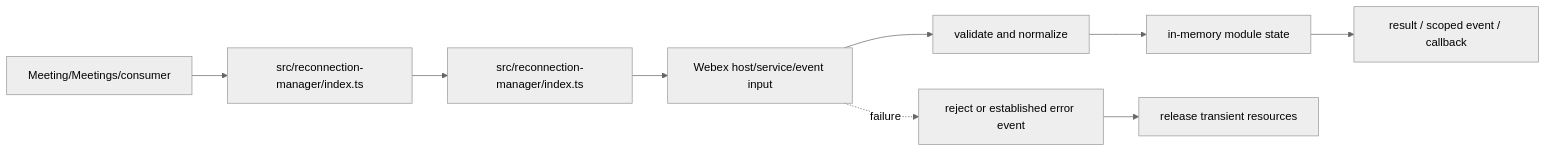
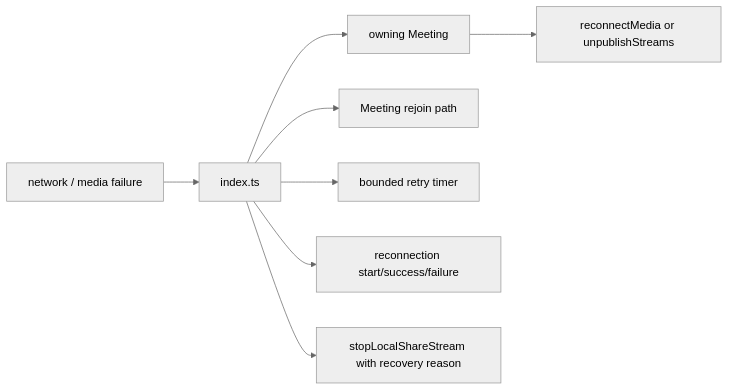
The first of 5 diagrams in packages/@webex/plugin-meetings/src/reconnection-manager/ai-docs/reconnection-manager-spec.md (webex/webex-js-sdk), drawn with Mermaid (neutral theme) before and after one commit. The commit also changed other lines of this file and 26 other files, not shown here.

````diff
--- a/packages/@webex/plugin-meetings/src/reconnection-manager/ai-docs/reconnection-manager-spec.md
+++ b/packages/@webex/plugin-meetings/src/reconnection-manager/ai-docs/reconnection-manager-spec.md
@@ -99,11 +96,10 @@
 ```mermaid
 flowchart LR
-  Caller[Meeting/Meetings/consumer] --> Entry[src/reconnection-manager/index.ts]
-  Entry --> Support[src/reconnection-manager/index.ts]
-  Support --> Remote[Webex host/service/event input]
-  Remote --> Normalize[validate and normalize]
-  Normalize --> State[in-memory module state]
-  State --> Output[result / scoped event / callback]
-  Remote -. failure .-> Error[reject or established error event]
-  Error --> Cleanup[release transient resources]
+  Network[network / media failure] --> Manager[index.ts]
+  Manager --> Meeting[owning Meeting]
+  Meeting --> Media[reconnectMedia or unpublishStreams]
+  Manager --> Rejoin[Meeting rejoin path]
+  Manager --> Timer[bounded retry timer]
+  Manager --> Events[reconnection start/success/failure]
+  Manager --> ShareStop[stopLocalShareStream with recovery reason]
 ```
````
